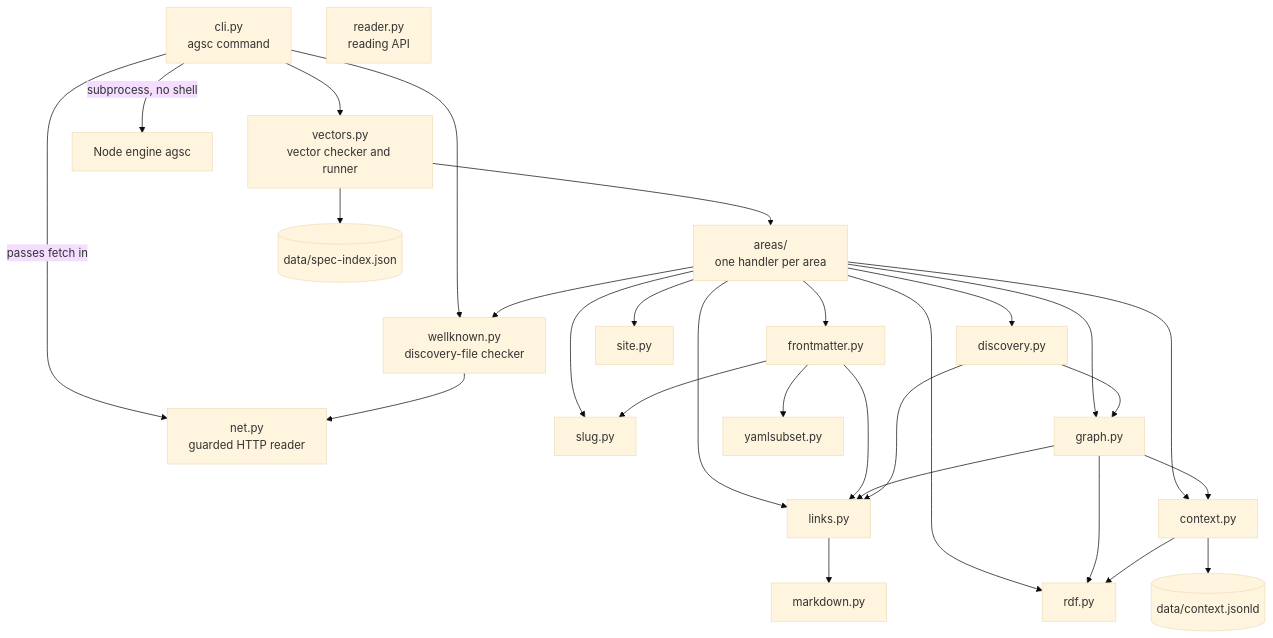
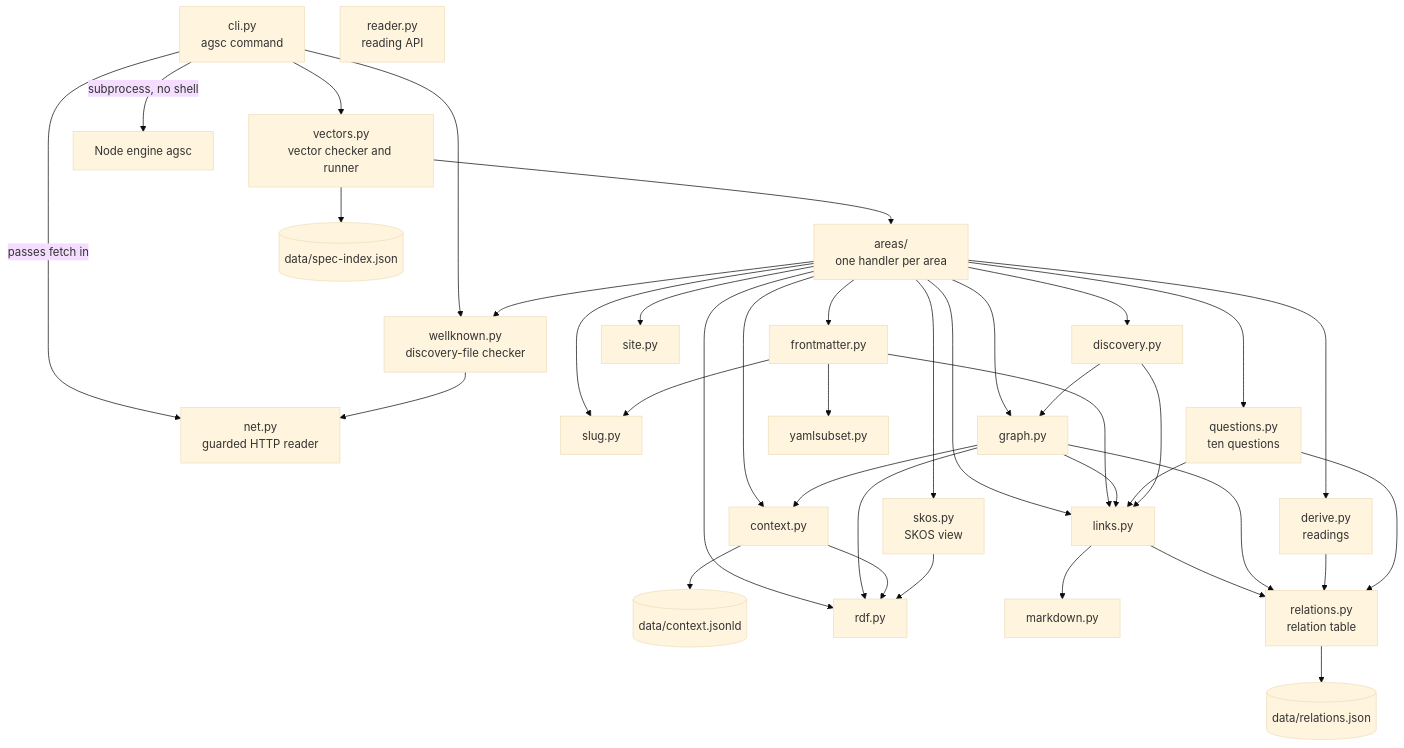
The second of 3 diagrams in docs/ARCHITECTURE.md (andreibesleaga/agentic-system-core-python), drawn with Mermaid (base theme) before and after one commit. The commit also changed other lines of this file and 99 other files, not shown here.

````diff
--- a/docs/ARCHITECTURE.md
+++ b/docs/ARCHITECTURE.md
@@ -35,34 +35,45 @@
 ```mermaid
 flowchart TD
     cli["cli.py<br/>agsc command"] --> wellknown["wellknown.py<br/>discovery-file checker"]
     cli --> vectors["vectors.py<br/>vector checker and runner"]
     cli -->|"passes fetch in"| net
     cli -->|"subprocess, no shell"| node["Node engine agsc"]
     wellknown --> net["net.py<br/>guarded HTTP reader"]
     vectors --> areas["areas/<br/>one handler per area"]
     vectors --> index[("data/spec-index.json")]
     context --> published[("data/context.jsonld")]
 
     areas --> frontmatter["frontmatter.py"]
     areas --> slug["slug.py"]
     areas --> links["links.py"]
     areas --> graphmod["graph.py"]
     areas --> context["context.py"]
     areas --> discovery["discovery.py"]
     areas --> site["site.py"]
     areas --> wellknown
     areas --> rdf
 
+    areas --> derive["derive.py<br/>readings"]
+    areas --> questions["questions.py<br/>ten questions"]
+    areas --> skos["skos.py<br/>SKOS view"]
+
     frontmatter --> yamlsubset["yamlsubset.py"]
     frontmatter --> slug
     frontmatter --> links
     links --> markdown["markdown.py"]
+    links --> relations["relations.py<br/>relation table"]
+    relations --> table[("data/relations.json")]
     graphmod --> links
+    graphmod --> relations
     graphmod --> rdf["rdf.py"]
     graphmod --> context
     context --> rdf
+    derive --> relations
+    questions --> links
+    questions --> relations
+    skos --> rdf
     discovery --> graphmod
     discovery --> links
 
     reader["reader.py<br/>reading API"]
 ```
````
